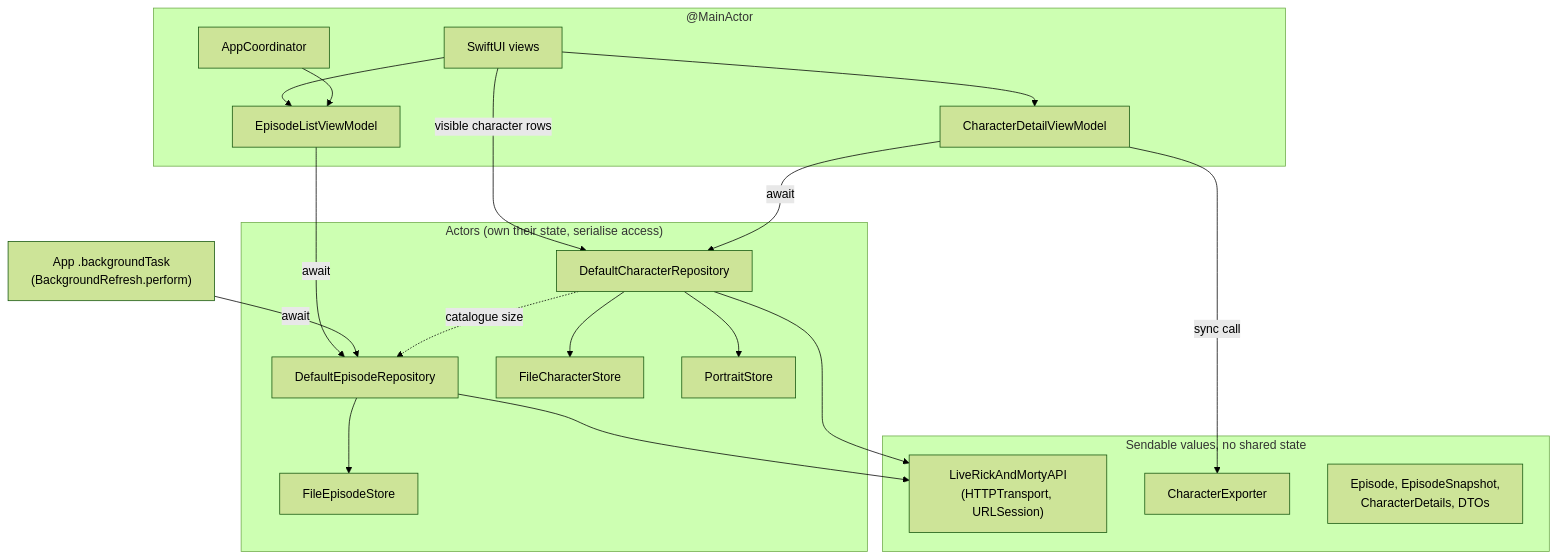
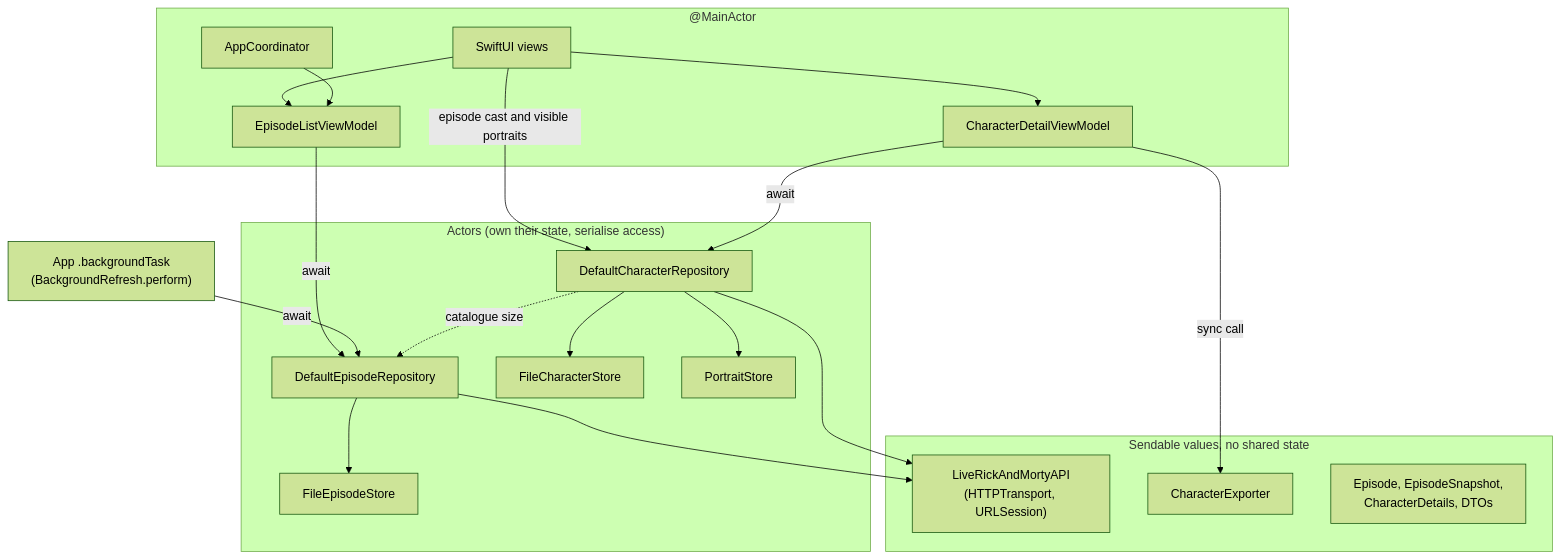
One commit to felixinjapan/rick-and-morty-episodes changed the fourth of 4 diagrams in docs/architecture.md. Above: the diagram before and after it, drawn with Mermaid (forest theme). The commit also changed other lines of this file and 2 other files, not shown here.

````diff
--- a/docs/architecture.md
+++ b/docs/architecture.md
@@ -91,40 +92,40 @@
 ```mermaid
 flowchart TD
     subgraph Main["@MainActor"]
         Views[SwiftUI views]
         ListVM[EpisodeListViewModel]
         DetailVM[CharacterDetailViewModel]
         Coord[AppCoordinator]
     end
 
     subgraph Actors["Actors (own their state, serialise access)"]
         EpRepo[DefaultEpisodeRepository]
         ChRepo[DefaultCharacterRepository]
         EpStore[FileEpisodeStore]
         ChStore[FileCharacterStore]
         Portraits[PortraitStore]
     end
 
     subgraph Values["Sendable values, no shared state"]
         API["LiveRickAndMortyAPI<br/>(HTTPTransport, URLSession)"]
         Exporter[CharacterExporter]
         Types["Episode, EpisodeSnapshot,<br/>CharacterDetails, DTOs"]
     end
 
     BG["App .backgroundTask<br/>(BackgroundRefresh.perform)"]
 
     Views --> ListVM
     Views --> DetailVM
-    Views -->|visible character rows| ChRepo
+    Views -->|episode cast and visible portraits| ChRepo
     Coord --> ListVM
     ListVM -- await --> EpRepo
     DetailVM -- await --> ChRepo
     DetailVM -- "sync call" --> Exporter
     BG -- await --> EpRepo
     EpRepo --> API
     EpRepo --> EpStore
     ChRepo --> API
     ChRepo --> ChStore
     ChRepo --> Portraits
     ChRepo -. "catalogue size" .-> EpRepo
 ```
````
